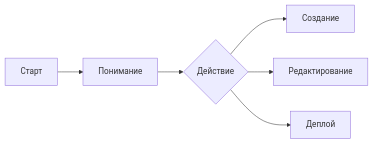
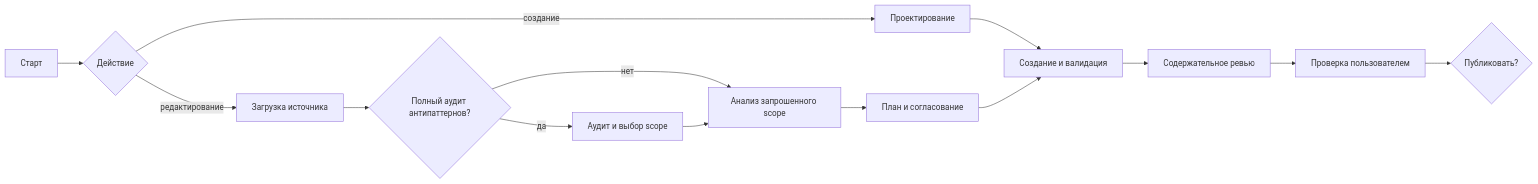
One commit to moira-mcp/moira changed diagram 13 of 13 in packages/docs/src/content/docs/ru/docs/reference/workflow-templates.mdx. Above: the diagram before and after it, drawn with Mermaid. The commit also changed other lines of this file and 91 other files, not shown here.

First line of the commit message:
feat(workflows): apply robust flow refactor bundle

````diff
--- a/packages/docs/src/content/docs/ru/docs/reference/workflow-templates.mdx
+++ b/packages/docs/src/content/docs/ru/docs/reference/workflow-templates.mdx
@@ -322,7 +333,16 @@
 ```mermaid
 flowchart LR
-    A[Старт] --> B[Понимание] --> C{Действие}
-    C --> D[Создание]
-    C --> E[Редактирование]
-    C --> F[Деплой]
+    A[Старт] --> B{Действие}
+    B -->|создание| C[Проектирование]
+    B -->|редактирование| D[Загрузка источника]
+    D --> E{Полный аудит антипаттернов?}
+    E -->|да| F[Аудит и выбор scope]
+    E -->|нет| G[Анализ запрошенного scope]
+    F --> G
+    C --> H[Создание и валидация]
+    G --> I[План и согласование]
+    I --> H
+    H --> J[Содержательное ревью]
+    J --> K[Проверка пользователем]
+    K --> L{Публиковать?}
 ```
````
